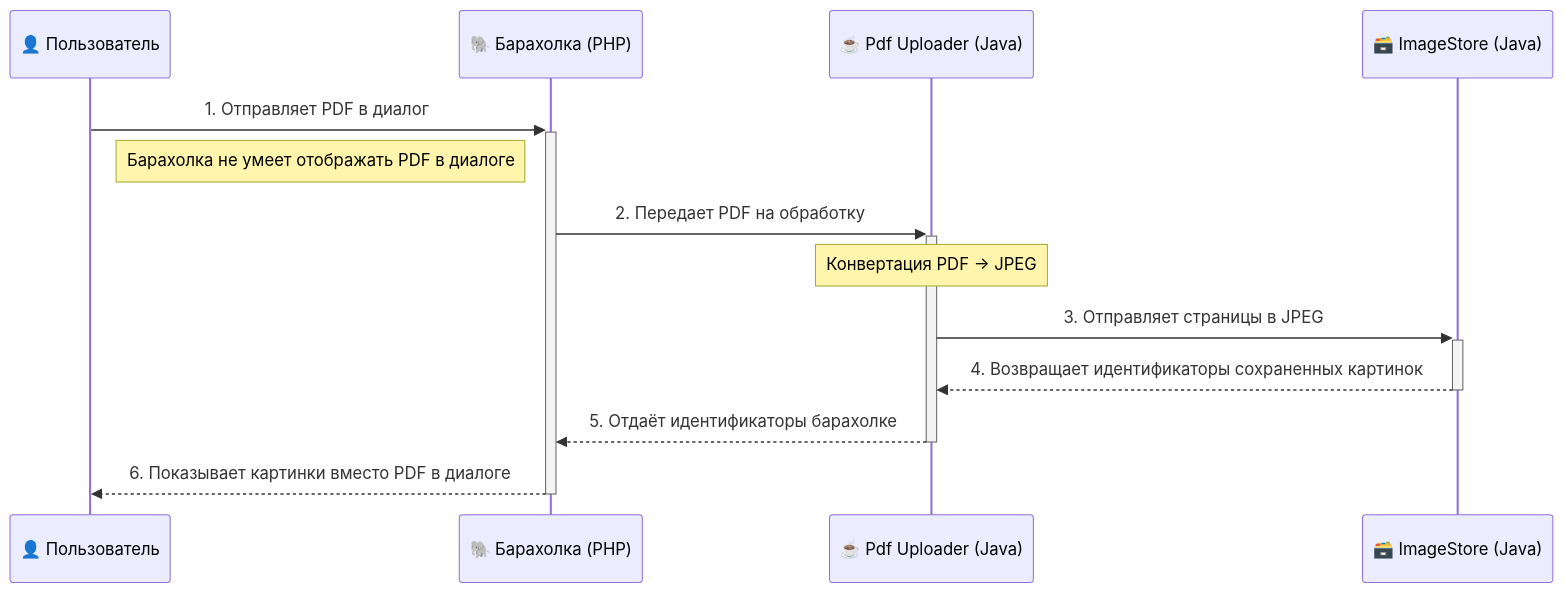
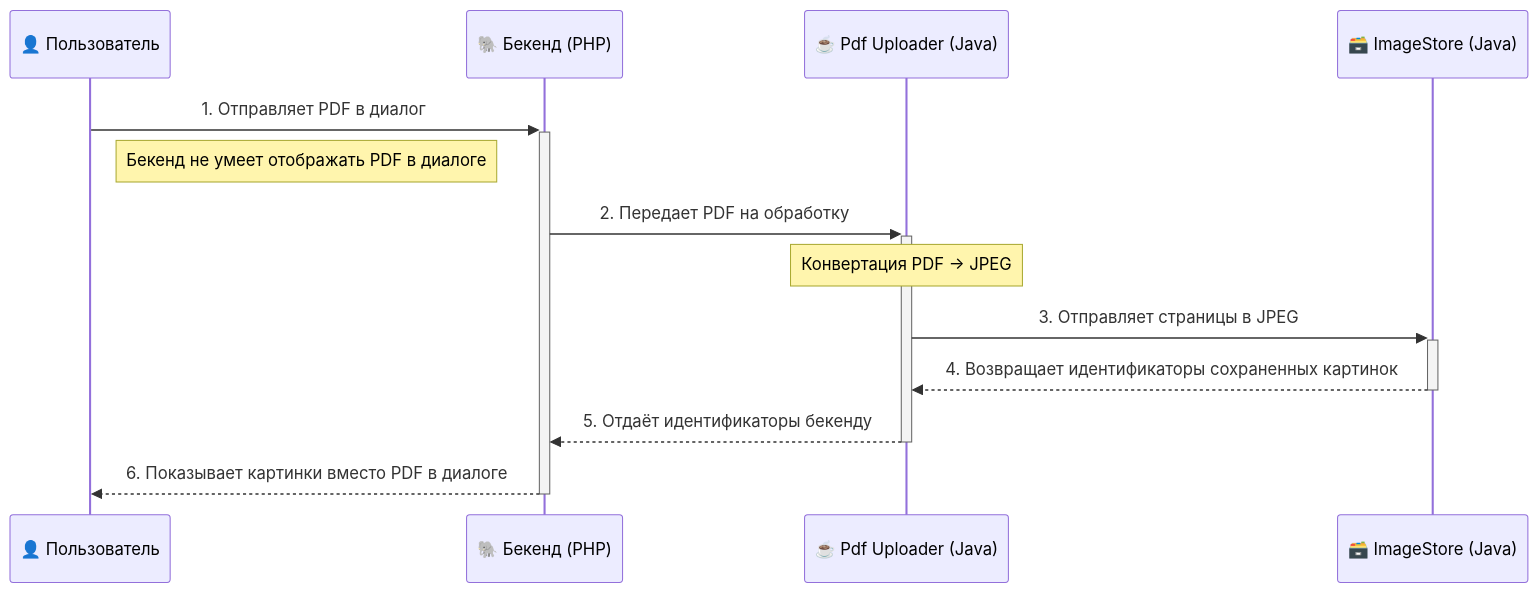
Before and after one commit to demidko/in-a-daze-refactoring-in-2026: the diagram in README.md, drawn with Mermaid. The commit also changed other lines of this file and 18 other files, not shown here.

```diff
--- a/README.md
+++ b/README.md
@@ -8,15 +8,15 @@
 <pre class="mermaid">
   sequenceDiagram
     participant User as 👤 Пользователь
-    participant Monolith as 🐘 Барахолка (PHP)
+    participant Monolith as 🐘 Бекенд (PHP)
     participant Uploader as ☕ Pdf Uploader (Java)
     participant ImageStore as 🗃️ ImageStore (Java)
     User->>+Monolith: 1. Отправляет PDF в диалог
-    Note right of User: Барахолка не умеет отображать PDF в диалоге
+    Note right of User: Бекенд не умеет отображать PDF в диалоге
     Monolith->>+Uploader: 2. Передает PDF на обработку
     Note over Uploader: Конвертация PDF → JPEG
     Uploader->>+ImageStore: 3. Отправляет страницы в JPEG
     ImageStore-->>-Uploader: 4. Возвращает идентификаторы сохраненных картинок
-    Uploader-->>-Monolith: 5. Отдаёт идентификаторы барахолке
+    Uploader-->>-Monolith: 5. Отдаёт идентификаторы бекенду
     Monolith-->>-User: 6. Показывает картинки вместо PDF в диалоге
 </pre>
```
